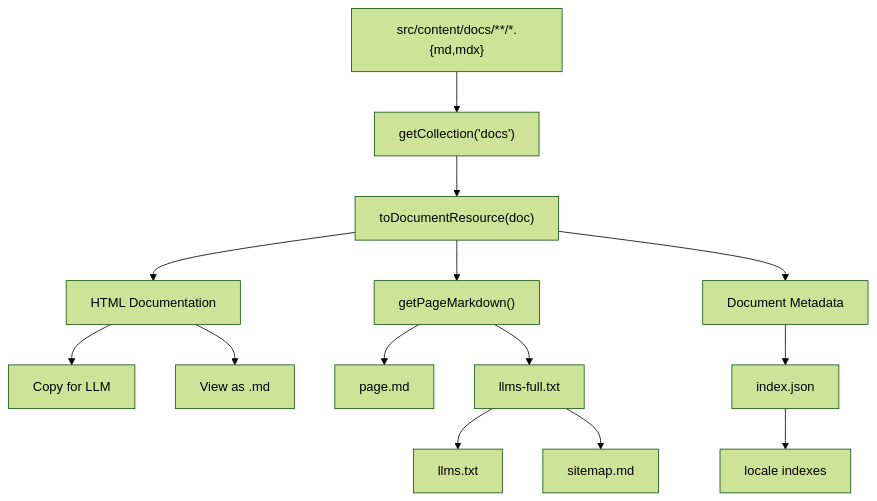
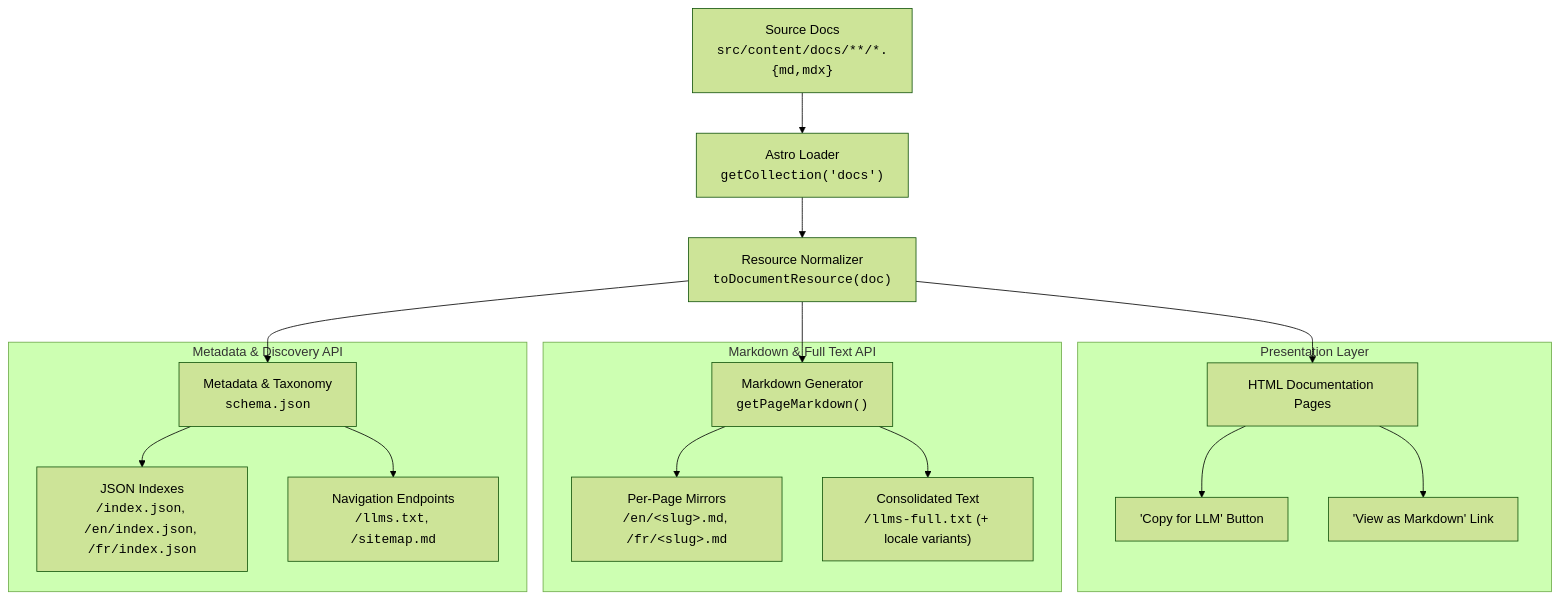
The first of 2 diagrams in docs/MARKDOWN_API.md (olivier-carrere/redaction-technique.org), drawn with Mermaid (forest theme) before and after one commit.

Commit message:
refactor(docs): improve architecture diagram with layered subgraphs in MARKDOWN_API.md

````diff
--- a/docs/MARKDOWN_API.md
+++ b/docs/MARKDOWN_API.md
@@ -12,21 +12,27 @@
 ```mermaid
 flowchart TD
-    SRC["src/content/docs/**/*.{md,mdx}"] --> COLL["getCollection('docs')"]
-    COLL --> RES["toDocumentResource(doc)"]
+    SRC["Source Docs<br/><code>src/content/docs/**/*.{md,mdx}</code>"] --> COLL["Astro Loader<br/><code>getCollection('docs')</code>"]
+    COLL --> RES["Resource Normalizer<br/><code>toDocumentResource(doc)</code>"]
 
-    RES --> HTML["HTML Documentation"]
-    RES --> GPM["getPageMarkdown()"]
-    RES --> META["Document Metadata"]
+    subgraph RENDER["Presentation Layer"]
+        HTML["HTML Documentation Pages"]
+        HTML --> COPY["'Copy for LLM' Button"]
+        HTML --> VIEW["'View as Markdown' Link"]
+    end
 
-    HTML --> COPY["Copy for LLM"]
-    HTML --> VIEW["View as .md"]
+    subgraph MD["Markdown & Full Text API"]
+        GPM["Markdown Generator<br/><code>getPageMarkdown()</code>"]
+        GPM --> PAGE["Per-Page Mirrors<br/><code>/en/&lt;slug&gt;.md</code>, <code>/fr/&lt;slug&gt;.md</code>"]
+        GPM --> FULL["Consolidated Text<br/><code>/llms-full.txt</code> (+ locale variants)"]
+    end
 
-    GPM --> PAGE["page.md"]
-    GPM --> FULL["llms-full.txt"]
+    subgraph DISCOVERY["Metadata & Discovery API"]
+        META["Metadata & Taxonomy<br/><code>schema.json</code>"]
+        META --> IDX["JSON Indexes<br/><code>/index.json</code>, <code>/en/index.json</code>, <code>/fr/index.json</code>"]
+        META --> NAV["Navigation Endpoints<br/><code>/llms.txt</code>, <code>/sitemap.md</code>"]
+    end
 
-    FULL --> LLMS["llms.txt"]
-    FULL --> SITEMAP["sitemap.md"]
-
-    META --> IDX["index.json"]
-    IDX --> LOCALE["locale indexes"]
+    RES --> HTML
+    RES --> GPM
+    RES --> META
 ```
````
